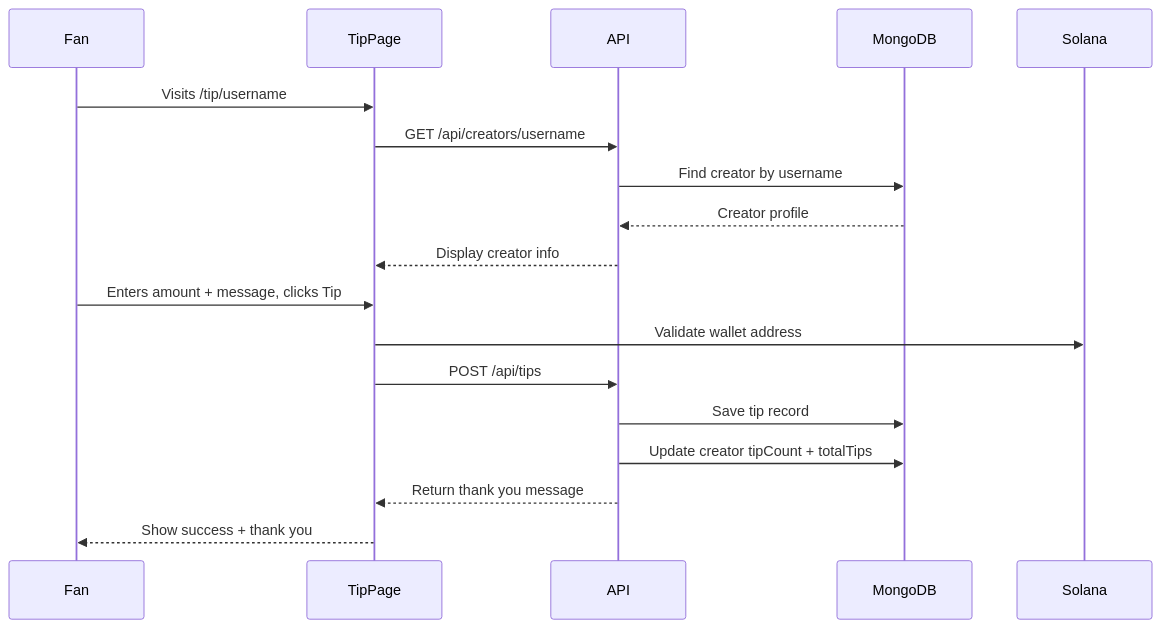
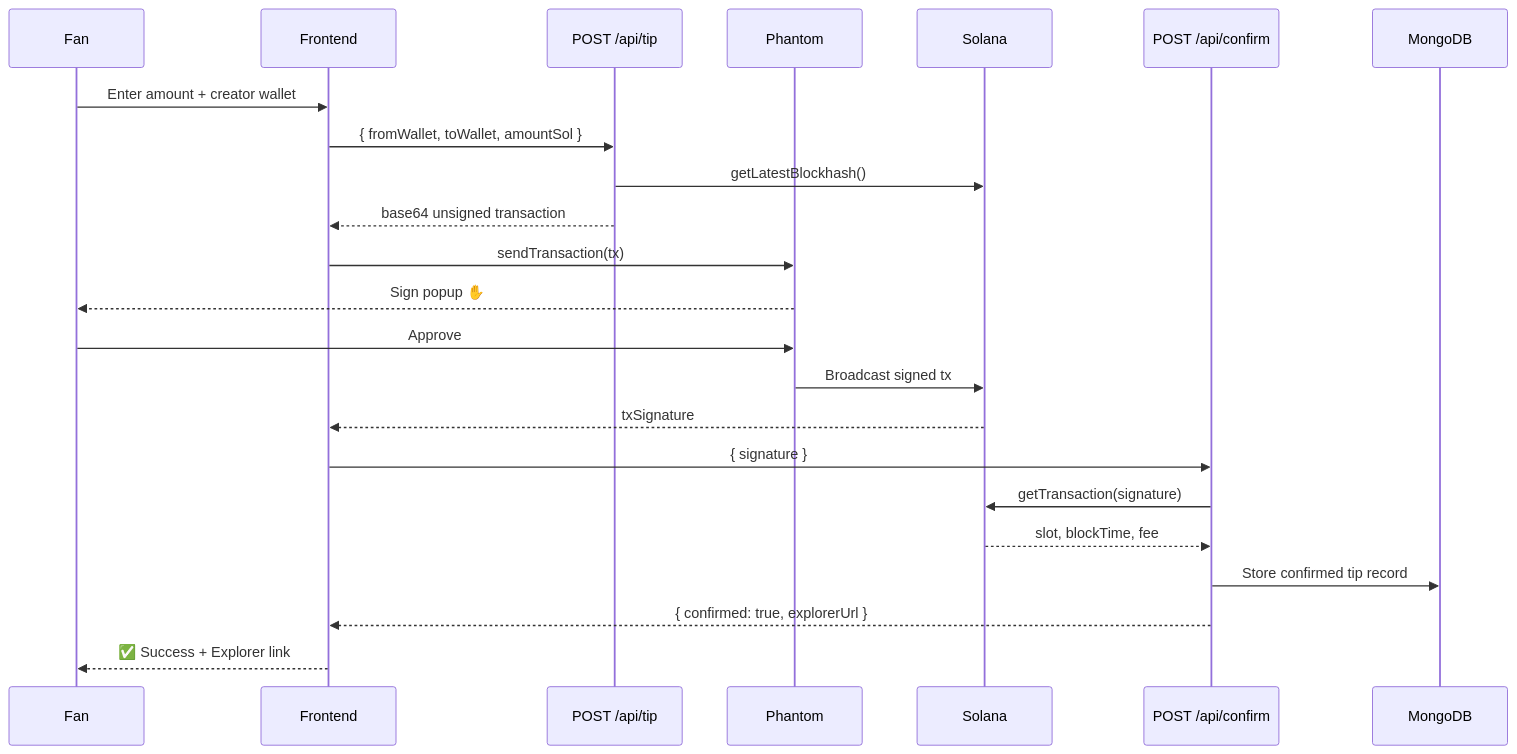
Before and after one commit to gopichandchalla16/tiplink-live: the second of 2 diagrams in README.md, drawn with Mermaid. The commit also changed other lines of this file, not shown here.

Commit message:
docs: complete README overhaul — production MVP, real wallet, 3D UI, full API docs

````diff
--- a/README.md
+++ b/README.md
@@ -99,22 +123,26 @@
 ```mermaid
 sequenceDiagram
     participant Fan
-    participant TipPage
-    participant API
+    participant Frontend
+    participant API_tip as POST /api/tip
+    participant Phantom
+    participant Solana
+    participant API_confirm as POST /api/confirm
     participant MongoDB
-    participant Solana
 
-    Fan->>TipPage: Visits /tip/username
-    TipPage->>API: GET /api/creators/username
-    API->>MongoDB: Find creator by username
-    MongoDB-->>API: Creator profile
-    API-->>TipPage: Display creator info
-
-    Fan->>TipPage: Enters amount + message, clicks Tip
-    TipPage->>Solana: Validate wallet address
-    TipPage->>API: POST /api/tips
-    API->>MongoDB: Save tip record
-    API->>MongoDB: Update creator tipCount + totalTips
-    API-->>TipPage: Return thank you message
-    TipPage-->>Fan: Show success + thank you
+    Fan->>Frontend: Enter amount + creator wallet
+    Frontend->>API_tip: { fromWallet, toWallet, amountSol }
+    API_tip->>Solana: getLatestBlockhash()
+    API_tip-->>Frontend: base64 unsigned transaction
+    Frontend->>Phantom: sendTransaction(tx)
+    Phantom-->>Fan: Sign popup ✋
+    Fan->>Phantom: Approve
+    Phantom->>Solana: Broadcast signed tx
+    Solana-->>Frontend: txSignature
+    Frontend->>API_confirm: { signature }
+    API_confirm->>Solana: getTransaction(signature)
+    Solana-->>API_confirm: slot, blockTime, fee
+    API_confirm->>MongoDB: Store confirmed tip record
+    API_confirm-->>Frontend: { confirmed: true, explorerUrl }
+    Frontend-->>Fan: ✅ Success + Explorer link
 ```
````
